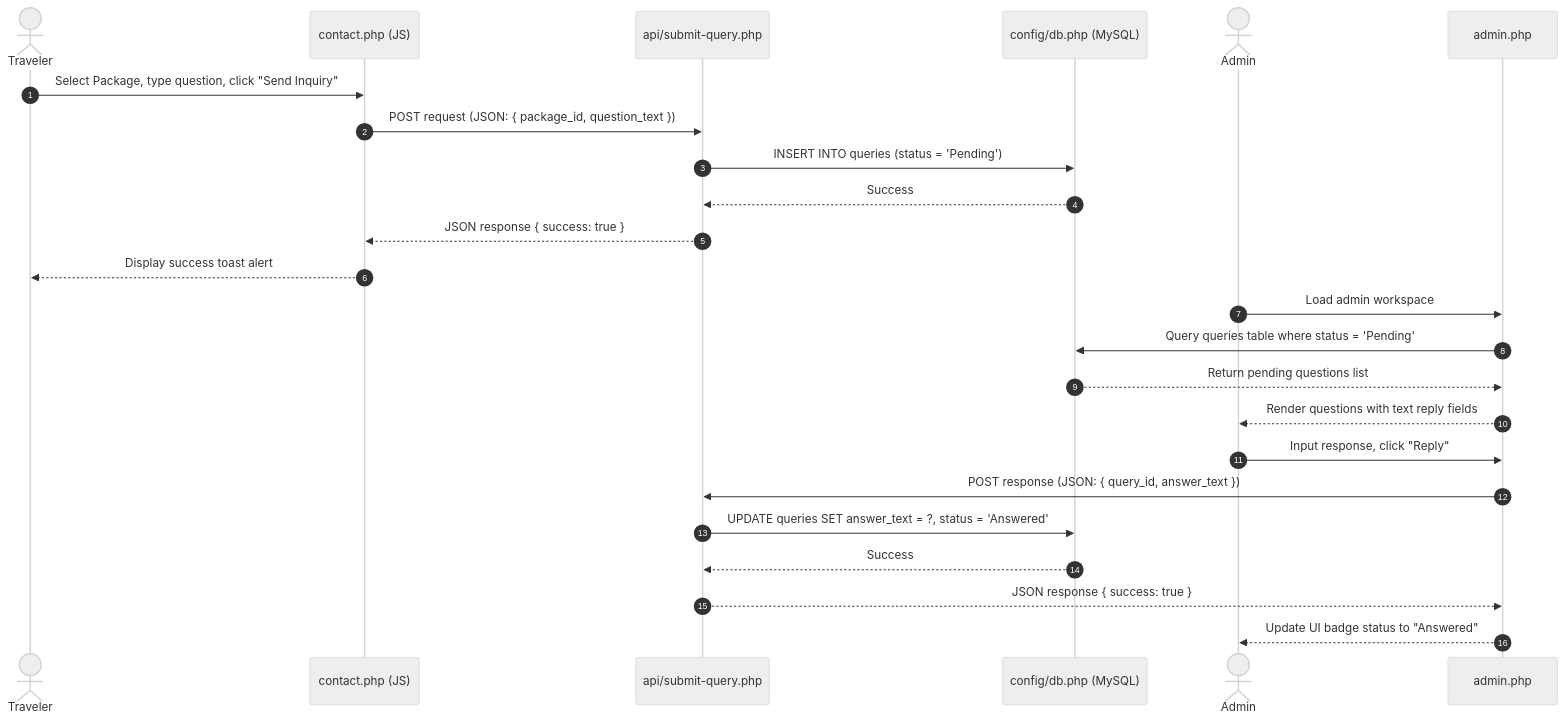
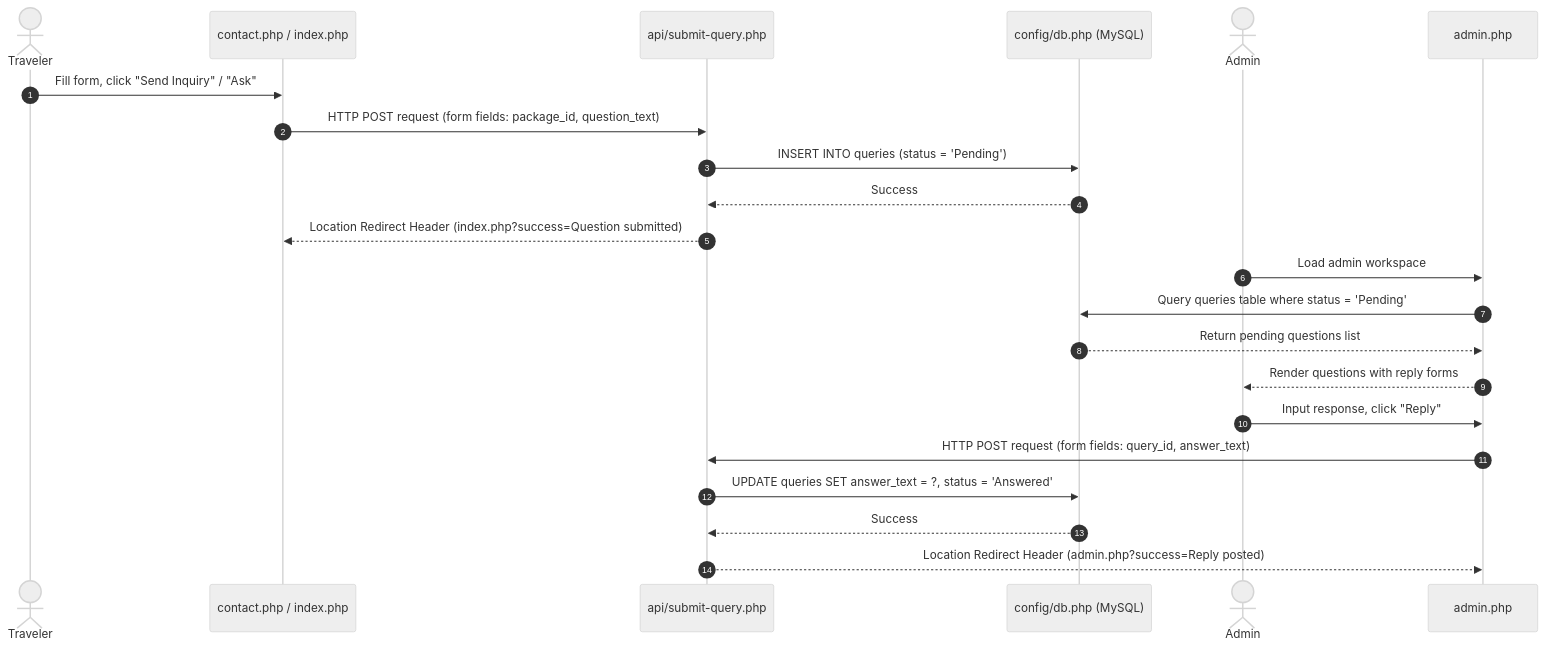
Before and after one commit to Fathima-Asna/ICBT-WEB-Development: the fifth of 6 diagrams in README.md, drawn with Mermaid (neutral theme). The commit also changed other lines of this file, not shown here.

Commit message:
Update README.md with detailed file descriptions, sitemap, UML use case, and sequence diagrams matching the new standard form-based architecture

````diff
--- a/README.md
+++ b/README.md
@@ -180,29 +207,27 @@
 ```mermaid
 sequenceDiagram
     autonumber
     actor Traveler
-    participant Contact as contact.php (JS)
+    participant Contact as contact.php / index.php
     participant API as api/submit-query.php
     participant DB as config/db.php (MySQL)
     actor Admin
     participant AdminPage as admin.php
     
-    Traveler->>Contact: Select Package, type question, click "Send Inquiry"
-    Contact->>API: POST request (JSON: { package_id, question_text })
+    Traveler->>Contact: Fill form, click "Send Inquiry" / "Ask"
+    Contact->>API: HTTP POST request (form fields: package_id, question_text)
     API->>DB: INSERT INTO queries (status = 'Pending')
     DB-->>API: Success
-    API-->>Contact: JSON response { success: true }
-    Contact-->>Traveler: Display success toast alert
+    API-->>Contact: Location Redirect Header (index.php?success=Question submitted)
     
     %% Admin Reply Part
     Admin->>AdminPage: Load admin workspace
     AdminPage->>DB: Query queries table where status = 'Pending'
     DB-->>AdminPage: Return pending questions list
-    AdminPage-->>Admin: Render questions with text reply fields
+    AdminPage-->>Admin: Render questions with reply forms
     Admin->>AdminPage: Input response, click "Reply"
-    AdminPage->>API: POST response (JSON: { query_id, answer_text })
+    AdminPage->>API: HTTP POST request (form fields: query_id, answer_text)
     API->>DB: UPDATE queries SET answer_text = ?, status = 'Answered'
     DB-->>API: Success
-    API-->>AdminPage: JSON response { success: true }
-    AdminPage-->>Admin: Update UI badge status to "Answered"
+    API-->>AdminPage: Location Redirect Header (admin.php?success=Reply posted)
 ```
````
